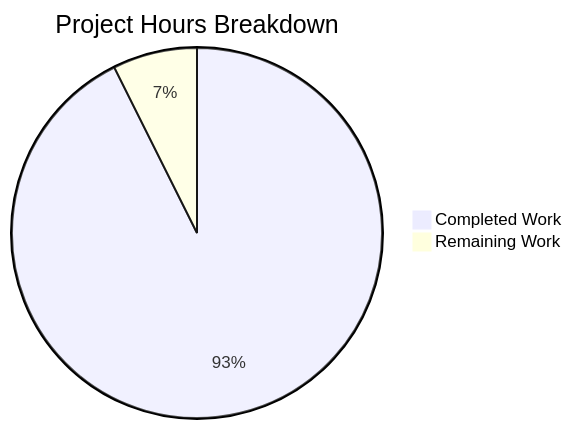
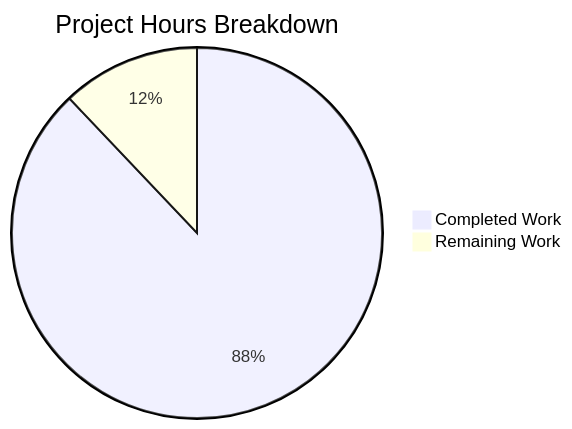
One commit to blitzy-public-samples/phuse-scripts changed the second of 2 diagrams in blitzy/documentation/Project Guide.md. Above: the diagram before and after it, drawn with Mermaid. The commit also changed other lines of this file, not shown here.

Commit message:
Adding Blitzy Project Guide: Project Status and Human Tasks Remaining

````diff
--- a/blitzy/documentation/Project Guide.md
+++ b/blitzy/documentation/Project Guide.md
@@ -229,5 +221,5 @@
 ```mermaid
 pie title Project Hours Breakdown
-    "Completed Work" : 804
-    "Remaining Work" : 64
+    "Completed Work" : 1252
+    "Remaining Work" : 172
 ```
````
